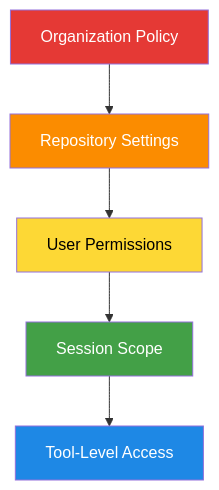
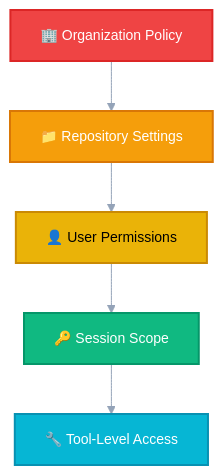
Before and after one commit to JohannesRabauer/gh-600-preparation: the eighth of 12 diagrams in docs/study_notes.md, drawn with Mermaid. The commit also changed other lines of this file and 5 other files, not shown here.

First line of the commit message:
feat: add colorful animated diagrams and pictograms across study material

````diff
--- a/docs/study_notes.md
+++ b/docs/study_notes.md
@@ -933,12 +984,14 @@
 ```mermaid
+%%{init: {'theme': 'base', 'themeVariables': {'primaryColor': '#f59e0b', 'primaryTextColor': '#fff', 'lineColor': '#94a3b8', 'fontSize': '14px'}}}%%
 graph TD
-  O["Organization Policy"] --> R["Repository Settings"]
-  R --> U["User Permissions"]
-  U --> S["Session Scope"]
-  S --> T["Tool-Level Access"]
-  style O fill:#e53935,color:#fff
-  style R fill:#fb8c00,color:#fff
-  style U fill:#fdd835,color:#000
-  style S fill:#43a047,color:#fff
-  style T fill:#1e88e5,color:#fff
+  O["🏢 Organization Policy"]:::org --> R["📁 Repository Settings"]:::repo
+  R --> U["👤 User Permissions"]:::user
+  U --> S["🔑 Session Scope"]:::session
+  S --> T["🔧 Tool-Level Access"]:::tool
+
+  classDef org fill:#ef4444,stroke:#dc2626,color:#fff,stroke-width:2px
+  classDef repo fill:#f59e0b,stroke:#d97706,color:#fff,stroke-width:2px
+  classDef user fill:#eab308,stroke:#ca8a04,color:#000,stroke-width:2px
+  classDef session fill:#10b981,stroke:#059669,color:#fff,stroke-width:2px
+  classDef tool fill:#06b6d4,stroke:#0891b2,color:#fff,stroke-width:2px
 ```
````
